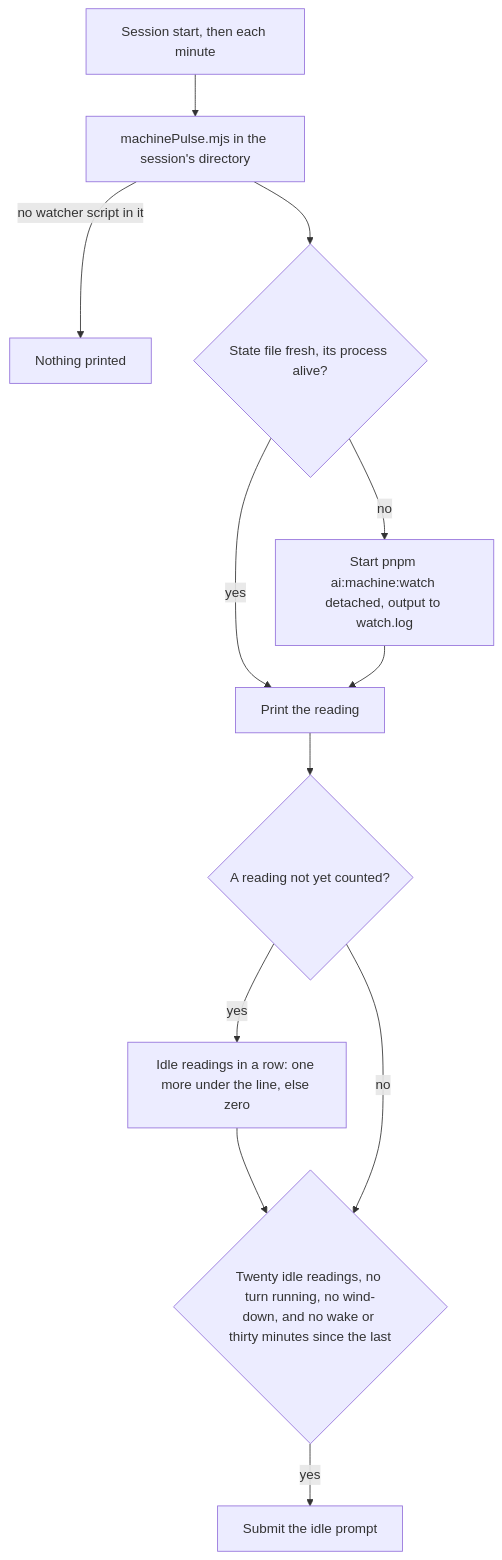
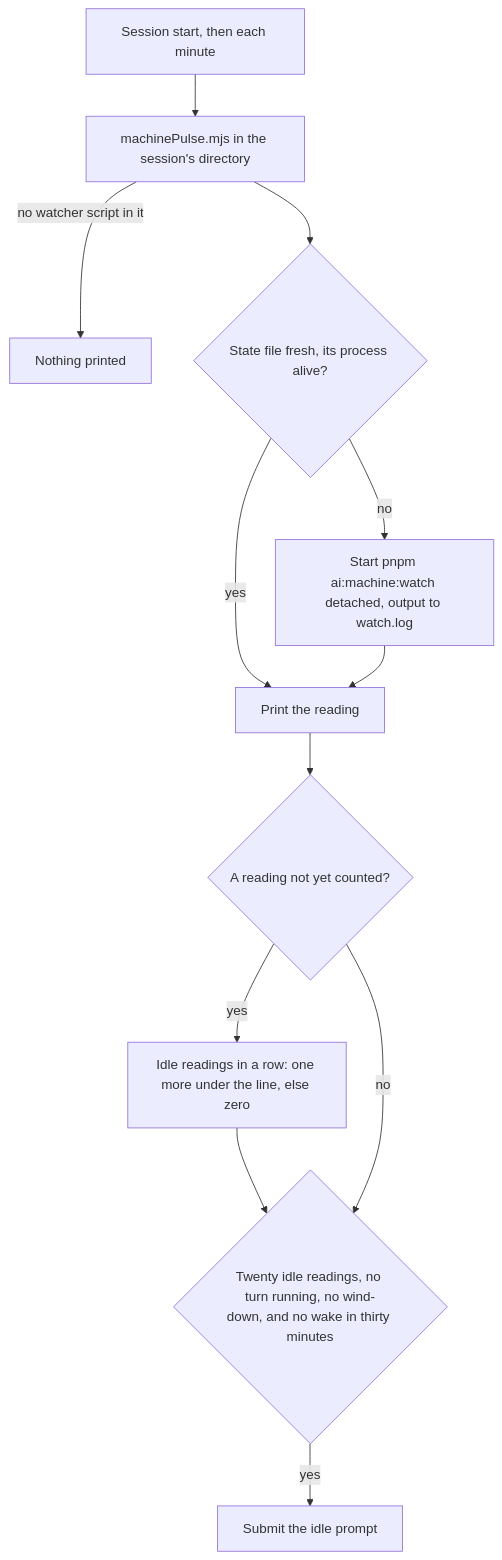
One commit to Esposter/Esposter changed the diagram in apps/web/content/docs/infra/claude-interface/genshin-mods/pulse.md. Above: the diagram before and after it, drawn with Mermaid. The commit also changed other lines of this file and 8 other files, not shown here.

````diff
--- a/apps/web/content/docs/infra/claude-interface/genshin-mods/pulse.md
+++ b/apps/web/content/docs/infra/claude-interface/genshin-mods/pulse.md
@@ -20,14 +20,14 @@
 ```mermaid
 flowchart TD
   Tick["Session start, then each minute"] --> Script["machinePulse.mjs in the session's directory"]
   Script -->|no watcher script in it| Silent["Nothing printed"]
   Script --> Fresh{"State file fresh, its process alive?"}
   Fresh -->|no| Start["Start pnpm ai:machine:watch detached, output to watch.log"]
   Fresh -->|yes| Reading["Print the reading"]
   Start --> Reading
   Reading --> New{"A reading not yet counted?"}
   New -->|yes| Count["Idle readings in a row: one more under the line, else zero"]
-  Count --> Gate{"Twenty idle readings, no turn running, no wind-down, and no wake or thirty minutes since the last"}
+  Count --> Gate{"Twenty idle readings, no turn running, no wind-down, and no wake in thirty minutes"}
   New -->|no| Gate
   Gate -->|yes| Wake["Submit the idle prompt"]
 ```
````
